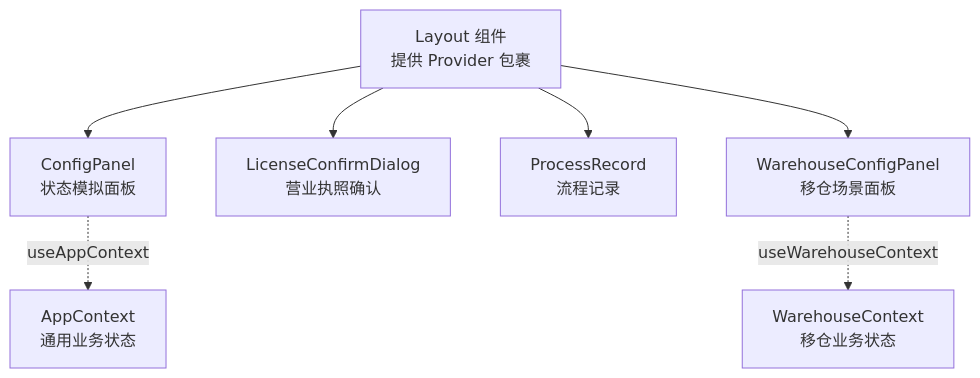
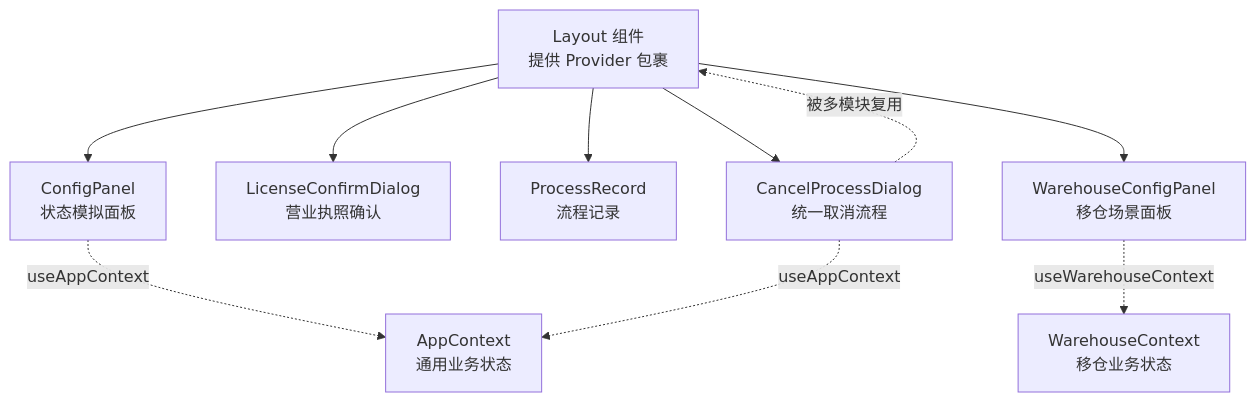
Before and after one commit to chinak/permission_apply: the second of 8 diagrams in .qoder/repowiki/zh/content/UI组件库/业务组件.md, drawn with Mermaid. The commit also changed other lines of this file and 43 other files, not shown here.

````diff
--- a/.qoder/repowiki/zh/content/UI组件库/业务组件.md
+++ b/.qoder/repowiki/zh/content/UI组件库/业务组件.md
@@ -102,16 +122,20 @@
 ```mermaid
 graph TB
 L["Layout 组件<br/>提供 Provider 包裹"]
 CP["ConfigPanel<br/>状态模拟面板"]
 LCD["LicenseConfirmDialog<br/>营业执照确认"]
 PRC["ProcessRecord<br/>流程记录"]
 WCP["WarehouseConfigPanel<br/>移仓场景面板"]
+CPD["CancelProcessDialog<br/>统一取消流程"]
 APPCTX["AppContext<br/>通用业务状态"]
 WCTX["WarehouseContext<br/>移仓业务状态"]
 L --> CP
 L --> LCD
 L --> PRC
 L --> WCP
+L --> CPD
 CP -. useAppContext .-> APPCTX
 WCP -. useWarehouseContext .-> WCTX
+CPD -. useAppContext .-> APPCTX
+CPD -. 被多模块复用 .-> L
 ```
````
